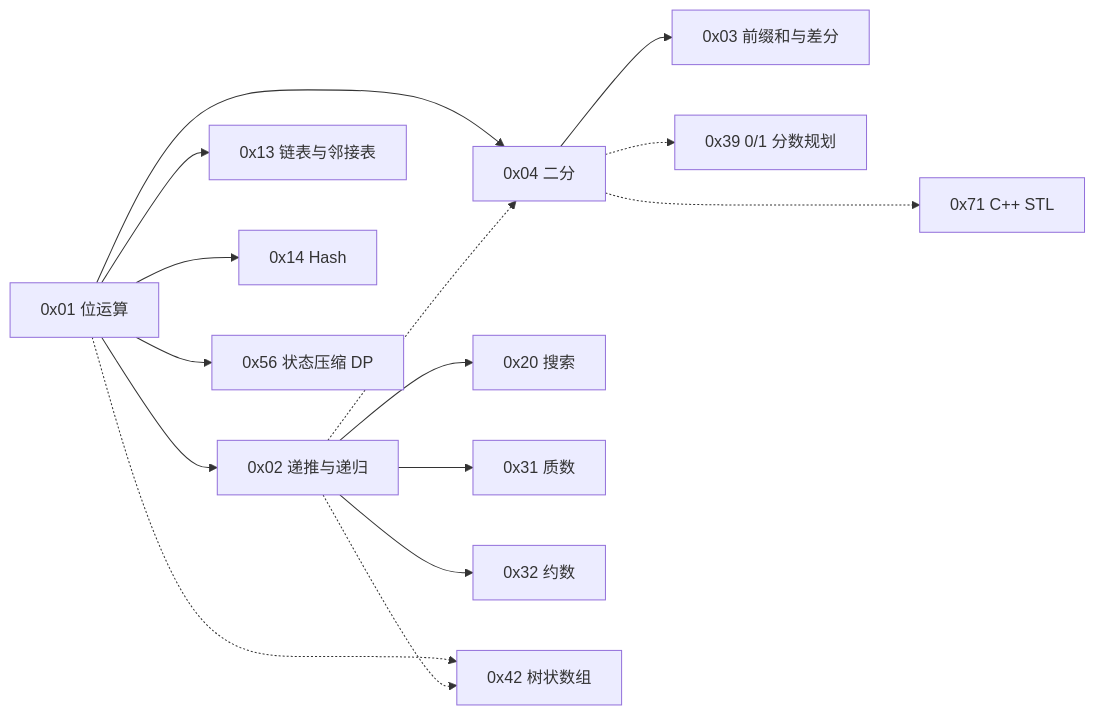
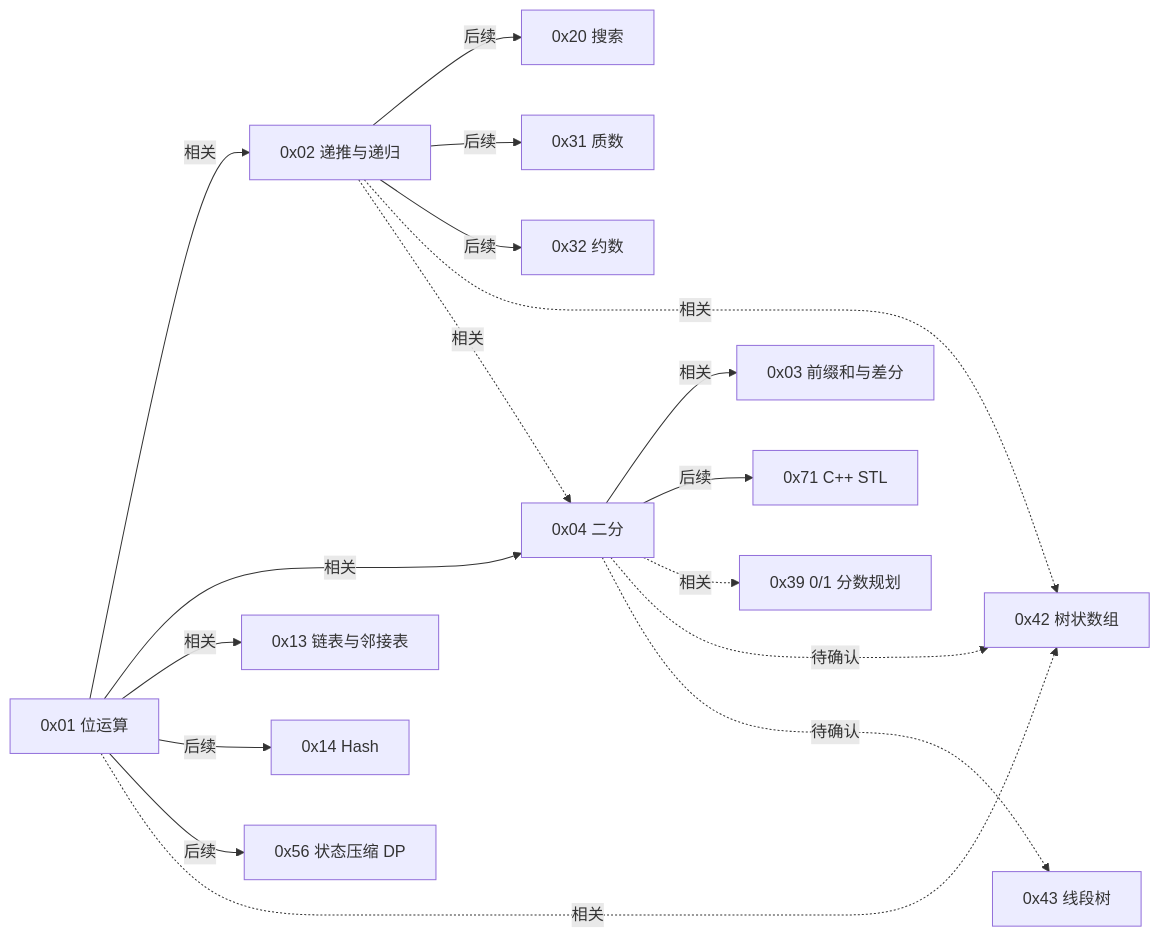
The first of 2 diagrams in docs/knowledge-base/dependency-map.md (RobateV/algorithm-visualizer), drawn with Mermaid before and after one commit. The commit also changed other lines of this file and 4 other files, not shown here.

````diff
--- a/docs/knowledge-base/dependency-map.md
+++ b/docs/knowledge-base/dependency-map.md
@@ -18,17 +18,19 @@
 ```mermaid
 graph LR
-  B01[0x01 位运算] --> B02[0x02 递推与递归]
-  B01 --> B04[0x04 二分]
-  B01 --> B13[0x13 链表与邻接表]
-  B01 --> B14[0x14 Hash]
-  B01 --> B56[0x56 状态压缩 DP]
-  B02 --> B20[0x20 搜索]
-  B02 --> B31[0x31 质数]
-  B02 --> B32[0x32 约数]
-  B04 --> B03[0x03 前缀和与差分]
-  B01 -.-> B42[0x42 树状数组]
-  B02 -.-> B42
-  B02 -.-> B04
-  B04 -.-> B39[0x39 0/1 分数规划]
-  B04 ..-> B71[0x71 C++ STL]
+  B01[0x01 位运算] -->|相关| B02[0x02 递推与递归]
+  B01 -->|相关| B04[0x04 二分]
+  B01 -->|相关| B13[0x13 链表与邻接表]
+  B01 -->|后续| B14[0x14 Hash]
+  B01 -->|后续| B56[0x56 状态压缩 DP]
+  B01 -.->|相关| B42[0x42 树状数组]
+  B02 -->|后续| B20[0x20 搜索]
+  B02 -->|后续| B31[0x31 质数]
+  B02 -->|后续| B32[0x32 约数]
+  B02 -.->|相关| B42
+  B02 -.->|相关| B04
+  B04 -->|相关| B03[0x03 前缀和与差分]
+  B04 -->|后续| B71[0x71 C++ STL]
+  B04 -.->|相关| B39[0x39 0/1 分数规划]
+  B04 ..->|待确认| B42
+  B04 ..->|待确认| B43[0x43 线段树]
 ```
````
